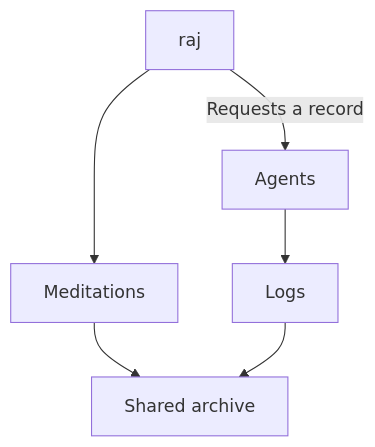
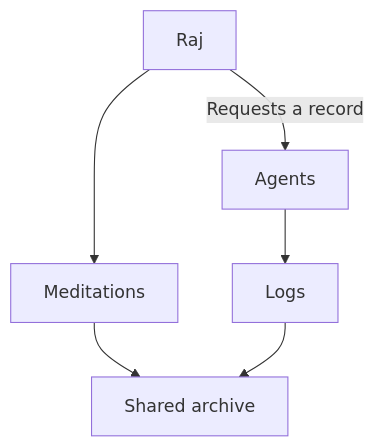
Before and after one commit to rajp152k/rajp152k.github.io: the diagram in logs/2026-10-06-two-collections-one-archive.md, drawn with Mermaid. The commit also changed other lines of this file and 7 other files, not shown here.

````diff
--- a/logs/2026-10-06-two-collections-one-archive.md
+++ b/logs/2026-10-06-two-collections-one-archive.md
@@ -24,10 +14,10 @@
 ```mermaid
 flowchart TB
   accTitle: Separate authors, one archive
-  accDescr: raj writes meditations. Agents write logs at raj's request. Both collections enter the shared archive.
-  R[raj] --> M[Meditations]
+  accDescr: Raj writes meditations. Agents write logs at his request. Both collections enter the shared archive.
+  R[Raj] --> M[Meditations]
   R -->|Requests a record| A[Agents]
   A --> L[Logs]
   M --> S[Shared archive]
   L --> S
 ```
````
